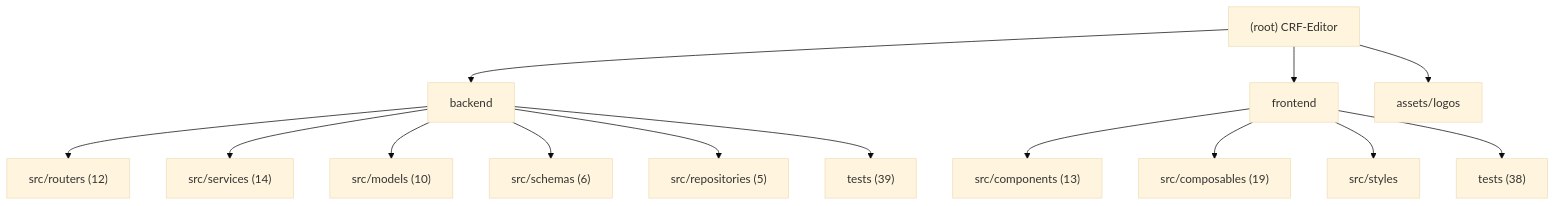
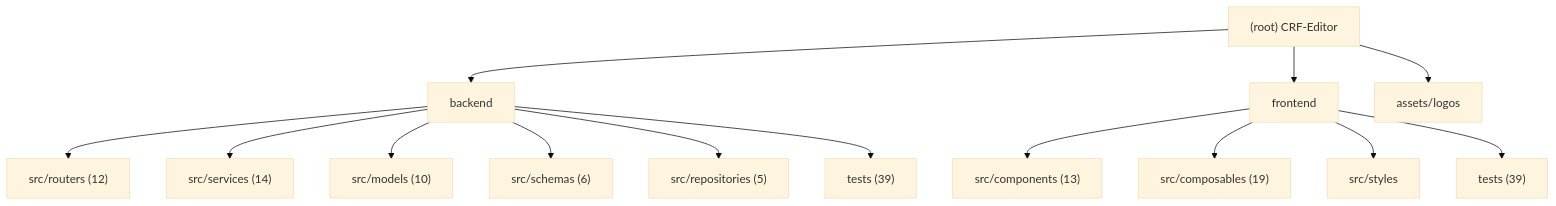
One commit to decade6666/CRF-Editor changed the diagram in .claude/CLAUDE.md. Above: the diagram before and after it, drawn with Mermaid (base theme). The commit also changed other lines of this file and 10 other files, not shown here.

````diff
--- a/.claude/CLAUDE.md
+++ b/.claude/CLAUDE.md
@@ -15,19 +15,19 @@
 ```mermaid
 graph TD
     A["(root) CRF-Editor"] --> B["backend"];
     B --> B1["src/routers (12)"];
     B --> B2["src/services (14)"];
     B --> B3["src/models (10)"];
     B --> B4["src/schemas (6)"];
     B --> B5["src/repositories (5)"];
     B --> B6["tests (39)"];
     A --> C["frontend"];
     C --> C1["src/components (13)"];
     C --> C2["src/composables (19)"];
     C --> C3["src/styles"];
-    C --> C4["tests (38)"];
+    C --> C4["tests (39)"];
     A --> D["assets/logos"];
 
     click B "./backend/.claude/CLAUDE.md" "View backend module docs"
     click C "./frontend/.claude/CLAUDE.md" "View frontend module docs"
 ```
````
